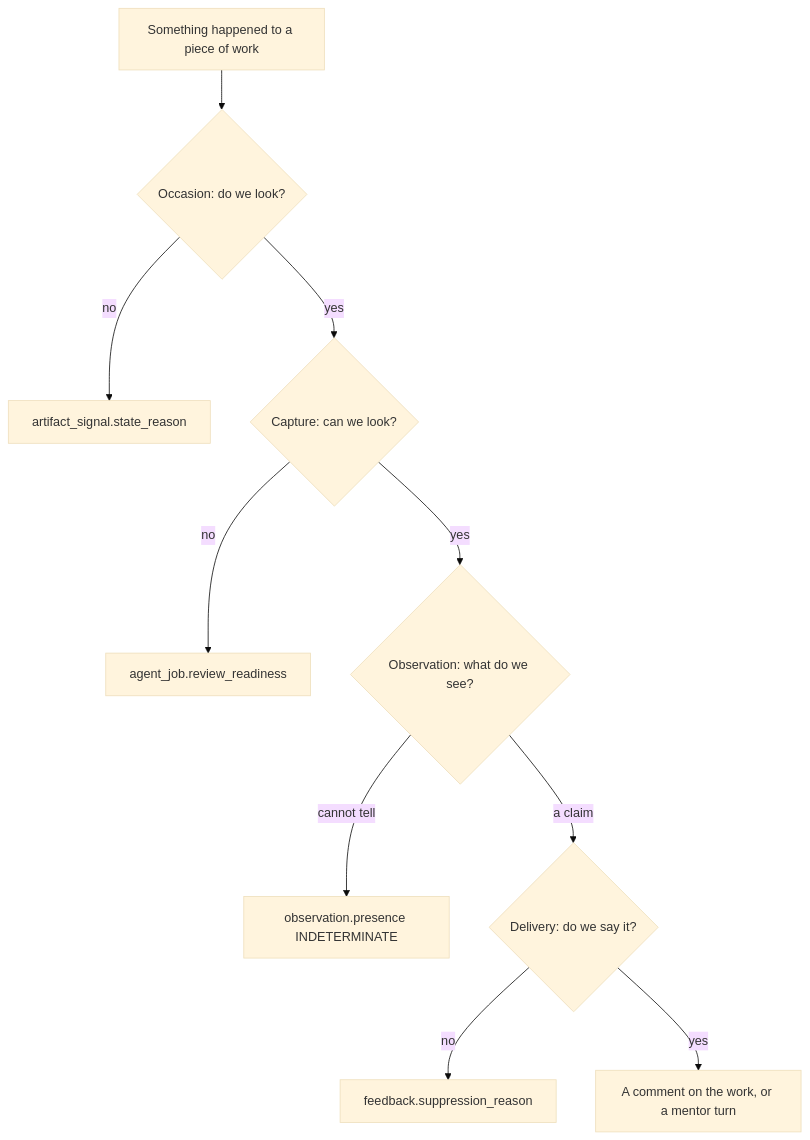
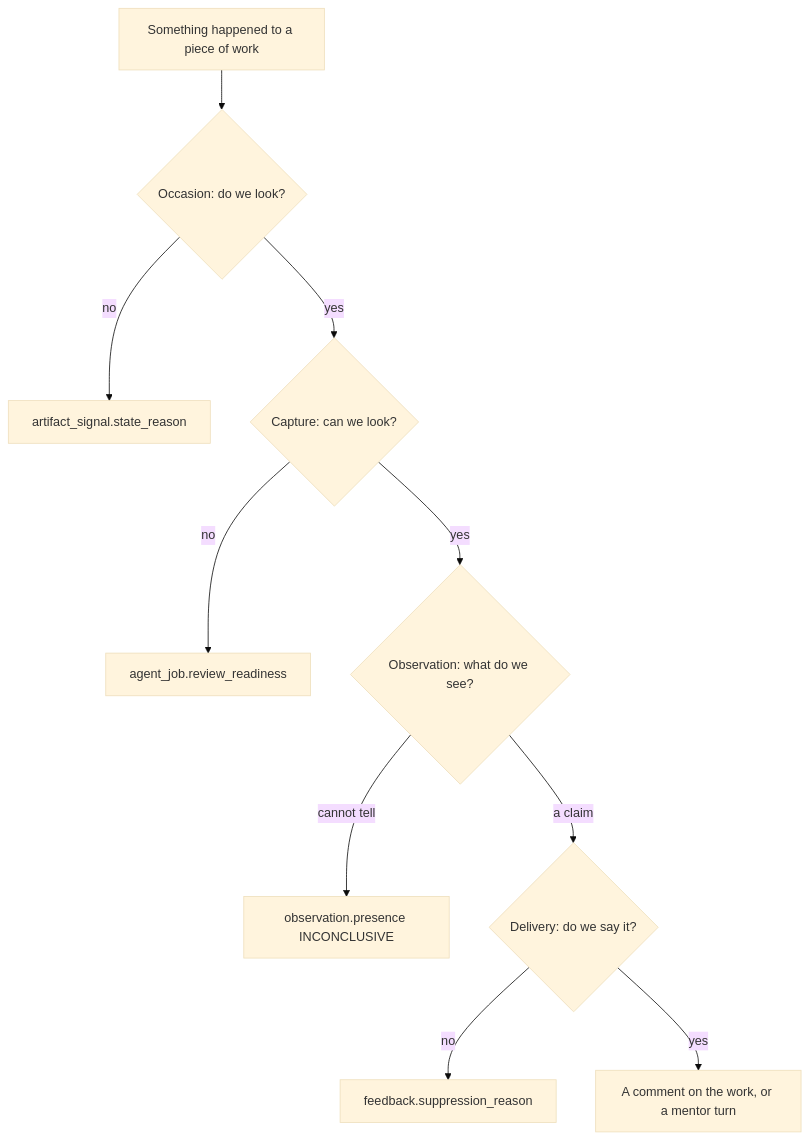
Before and after one commit to ls1intum/Hephaestus: the first of 3 diagrams in docs/contributor/practice-review-pipeline.mdx, drawn with Mermaid (base theme). The commit also changed other lines of this file and 45 other files, not shown here.

````diff
--- a/docs/contributor/practice-review-pipeline.mdx
+++ b/docs/contributor/practice-review-pipeline.mdx
@@ -13,12 +13,12 @@
 ```mermaid
 flowchart TB
     Work[Something happened to a piece of work] --> Occasion{Occasion: do we look?}
     Occasion -->|no| Refused[artifact_signal.state_reason]
     Occasion -->|yes| Capture{Capture: can we look?}
     Capture -->|no| Unready[agent_job.review_readiness]
     Capture -->|yes| Observe{Observation: what do we see?}
-    Observe -->|cannot tell| Indeterminate[observation.presence INDETERMINATE]
+    Observe -->|cannot tell| Inconclusive[observation.presence INCONCLUSIVE]
     Observe -->|a claim| Deliver{Delivery: do we say it?}
     Deliver -->|no| Quiet[feedback.suppression_reason]
     Deliver -->|yes| Said[A comment on the work, or a mentor turn]
 ```
````
